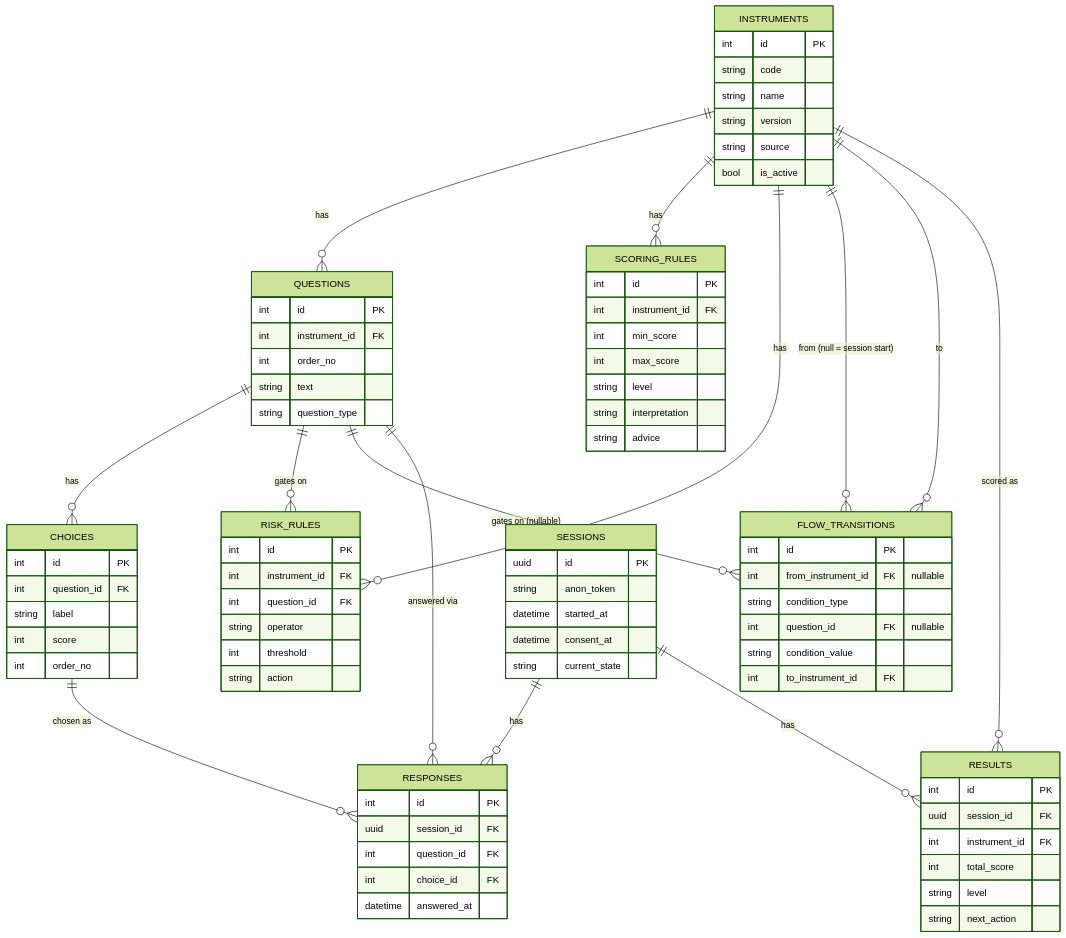
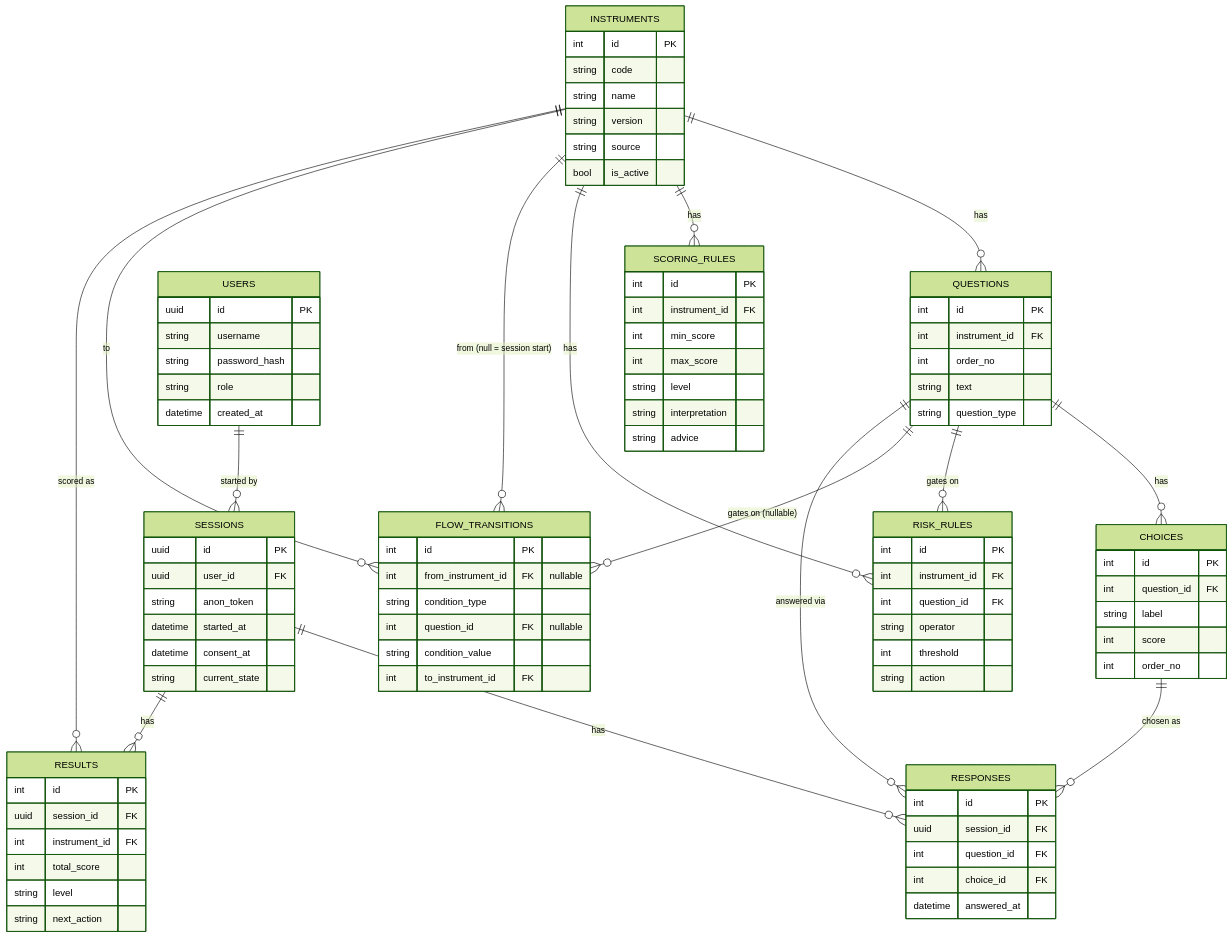
Before and after one commit to oakjedsada/project-heal: the second of 2 diagrams in README.md, drawn with Mermaid (forest theme). The commit also changed other lines of this file and 59 other files, not shown here.

```diff
--- a/README.md
+++ b/README.md
@@ -64,6 +64,7 @@
     QUESTIONS ||--o{ RESPONSES : "answered via"
     CHOICES ||--o{ RESPONSES : "chosen as"
     INSTRUMENTS ||--o{ RESULTS : "scored as"
+    USERS ||--o{ SESSIONS : "started by"
 
     INSTRUMENTS {
         int id PK
@@ -114,10 +115,18 @@
     }
     SESSIONS {
         uuid id PK
+        uuid user_id FK
         string anon_token
         datetime started_at
         datetime consent_at
         string current_state
+    }
+    USERS {
+        uuid id PK
+        string username
+        string password_hash
+        string role
+        datetime created_at
     }
     RESPONSES {
         int id PK
```
